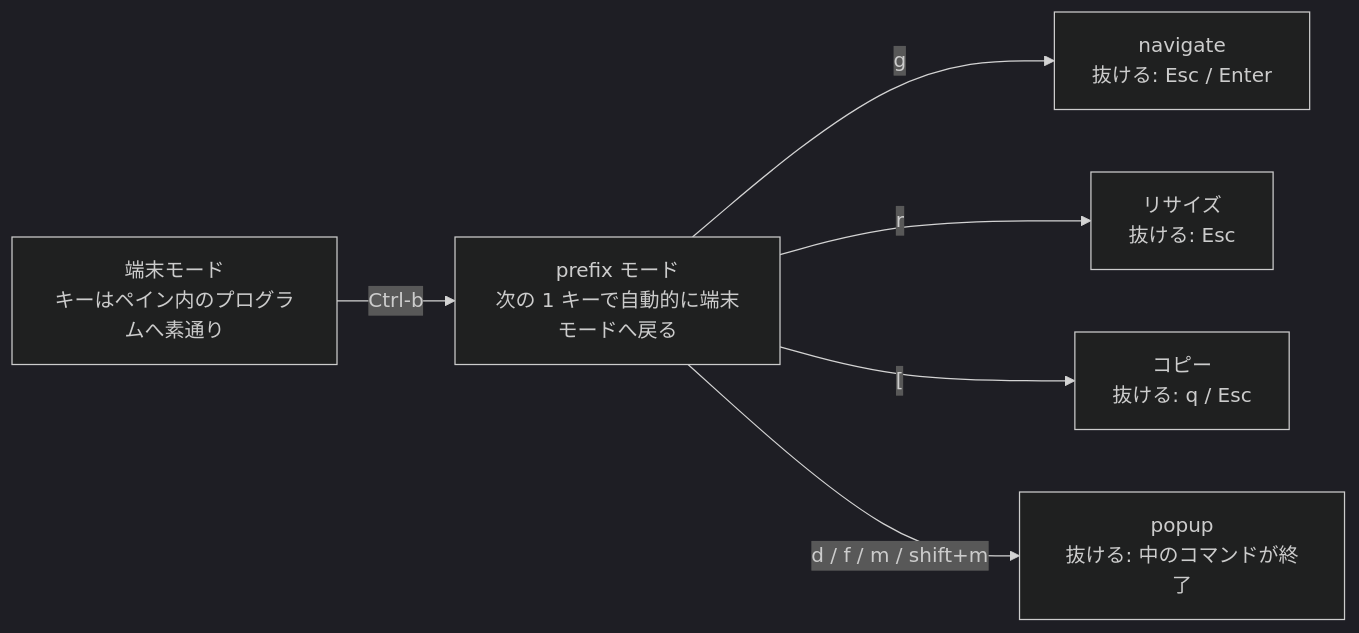
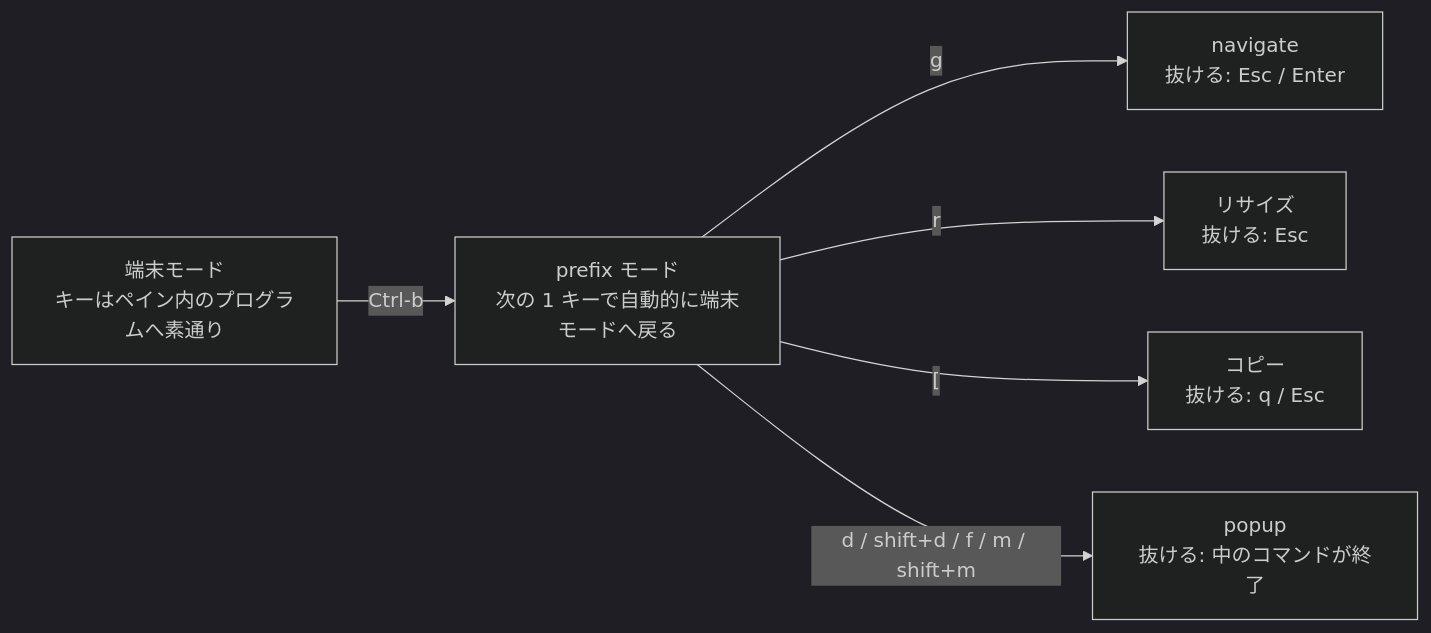
Before and after one commit to AkashiSN/dotfiles: the diagram in docs/herdr-cheatsheet.md, drawn with Mermaid (dark theme). The commit also changed other lines of this file and 9 other files, not shown here.

````diff
--- a/docs/herdr-cheatsheet.md
+++ b/docs/herdr-cheatsheet.md
@@ -93,14 +94,14 @@
 ```mermaid
 flowchart LR
   term["端末モード<br/>キーはペイン内のプログラムへ素通り"]
   pfx["prefix モード<br/>次の 1 キーで自動的に端末モードへ戻る"]
   nav["navigate<br/>抜ける: Esc / Enter"]
   rsz["リサイズ<br/>抜ける: Esc"]
   cpy["コピー<br/>抜ける: q / Esc"]
   pop["popup<br/>抜ける: 中のコマンドが終了"]
   term -- "Ctrl-b" --> pfx
   pfx -- "g" --> nav
   pfx -- "r" --> rsz
   pfx -- "[" --> cpy
-  pfx -- "d / f / m / shift+m" --> pop
+  pfx -- "d / shift+d / f / m / shift+m" --> pop
 ```
````
